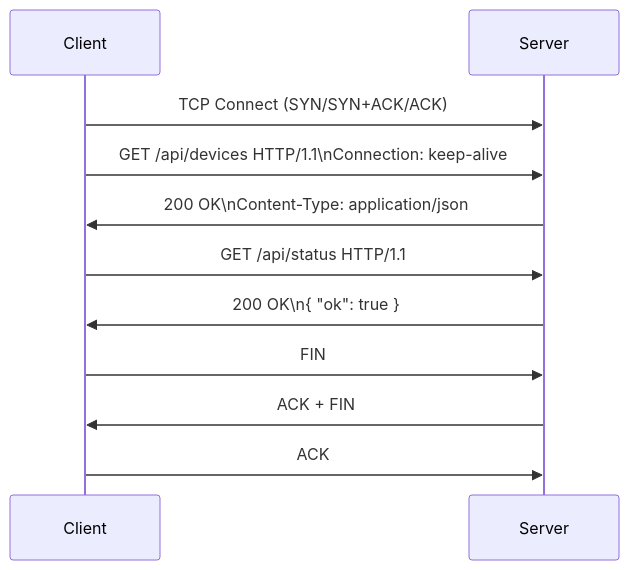
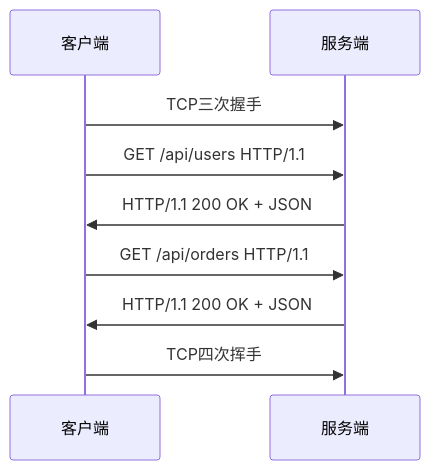
Before and after one commit to dswcpp/resume-system: the second of 3 diagrams in doc/interview_prep/HTTP详解.md, drawn with Mermaid. The commit also changed other lines of this file and 24 other files, not shown here.

````diff
--- a/doc/interview_prep/HTTP详解.md
+++ b/doc/interview_prep/HTTP详解.md
@@ -29,13 +412,12 @@
 ```mermaid
 sequenceDiagram
-    participant Client
-    participant Server
-    Client->>Server: TCP Connect (SYN/SYN+ACK/ACK)
-    Client->>Server: GET /api/devices HTTP/1.1\nConnection: keep-alive
-    Server->>Client: 200 OK\nContent-Type: application/json
-    Client->>Server: GET /api/status HTTP/1.1
-    Server->>Client: 200 OK\n{ "ok": true }
-    Client->>Server: FIN
-    Server->>Client: ACK + FIN
-    Client->>Server: ACK
+    participant C as 客户端
+    participant S as 服务端
+    
+    C->>S: TCP三次握手
+    C->>S: GET /api/users HTTP/1.1
+    S->>C: HTTP/1.1 200 OK + JSON
+    C->>S: GET /api/orders HTTP/1.1
+    S->>C: HTTP/1.1 200 OK + JSON
+    C->>S: TCP四次挥手
 ```
````
